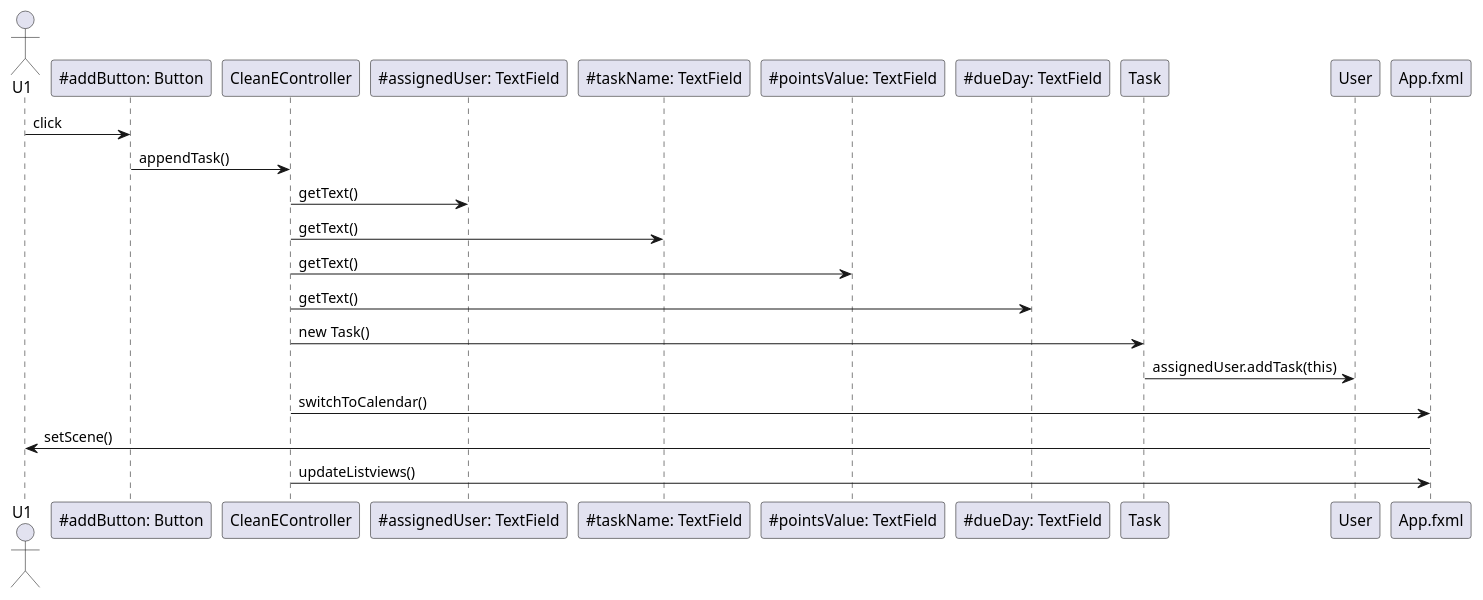
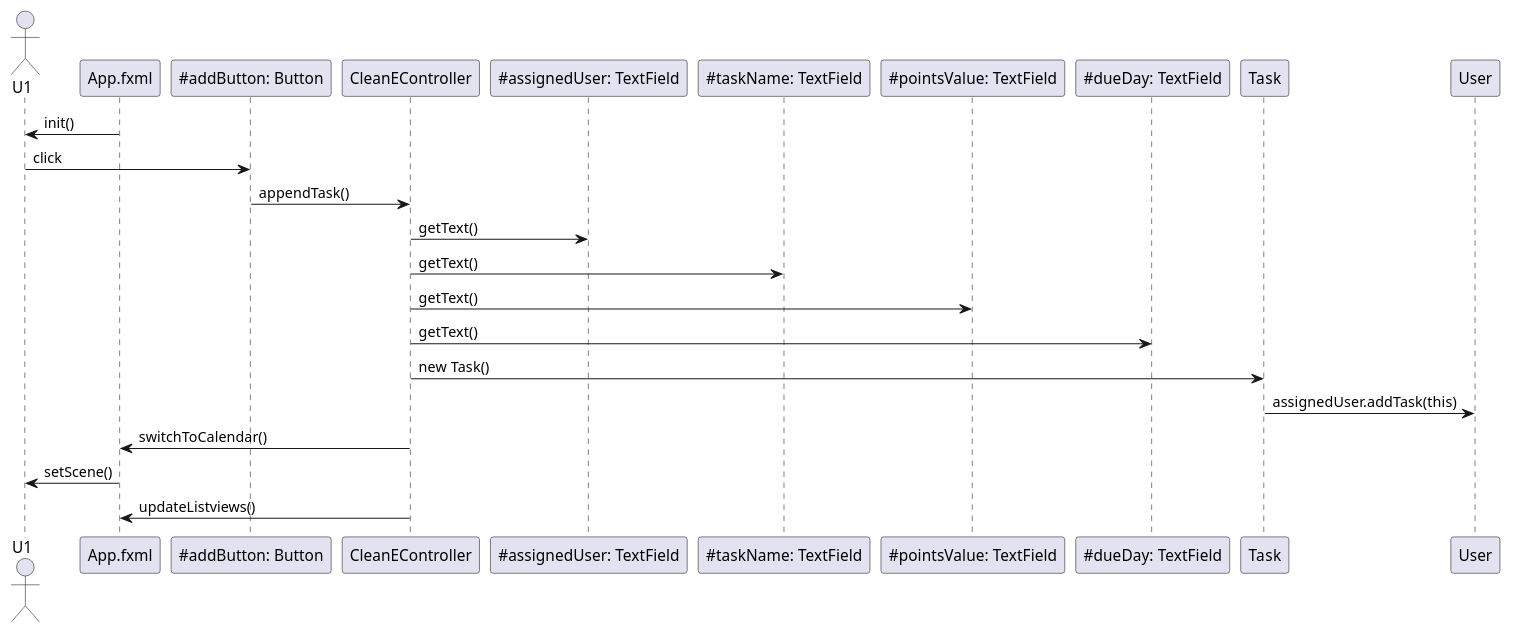
The diagram in gr2244/src/main/java/resources/cleane/diagram.puml (bcfogale/IT1901-Project), drawn with PlantUML before and after one commit. The commit also changed 1 other file, not shown here.

Commit message:
Issue #28: Oppdaterte diagrammet

```diff
--- a/gr2244/src/main/java/resources/cleane/diagram.puml
+++ b/gr2244/src/main/java/resources/cleane/diagram.puml
@@ -1,16 +1,18 @@
 @startuml diagram
 
 actor U1
+
+App.fxml -> U1: init()
 U1 -> "~#addButton: Button" as addButton: click
 addButton -> CleanEController: appendTask()
 CleanEController -> "~#assignedUser: TextField" as assignedUser: getText()
 CleanEController -> "~#taskName: TextField" as taskName: getText()
 CleanEController -> "~#pointsValue: TextField" as pointsValue: getText()
 CleanEController -> "~#dueDay: TextField" as dueDay: getText()
 CleanEController -> Task: new Task()
 Task -> User: assignedUser.addTask(this) 
 CleanEController -> App.fxml: switchToCalendar()
 App.fxml -> U1: setScene()
 CleanEController -> App.fxml : updateListviews()
 
 @enduml
```
